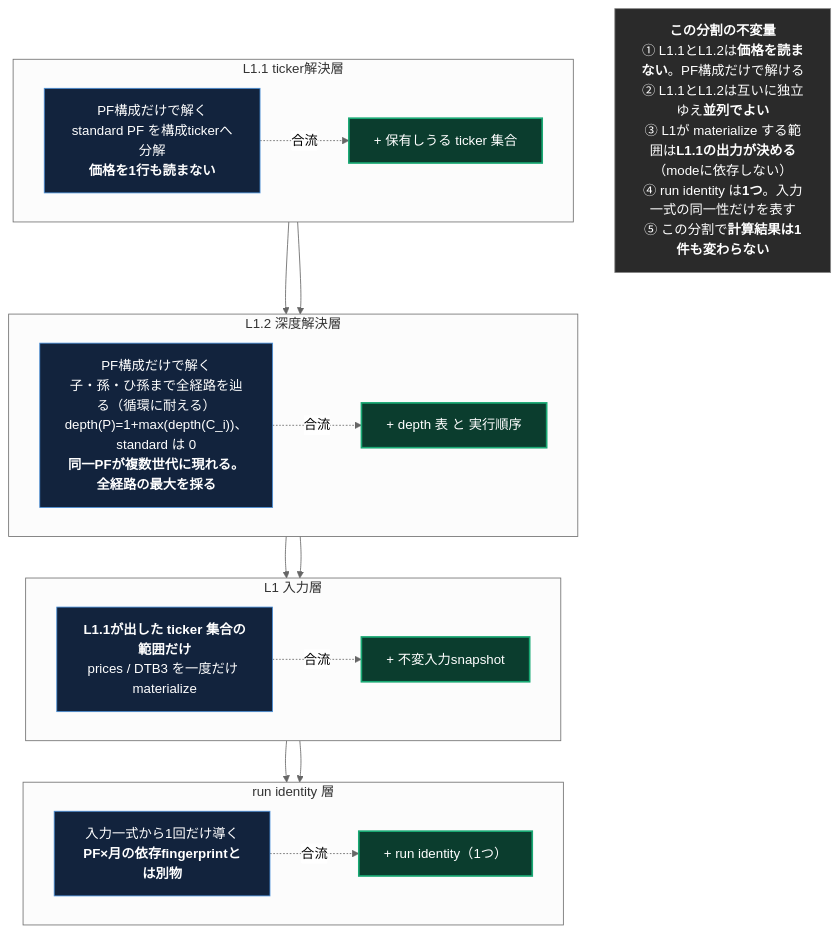
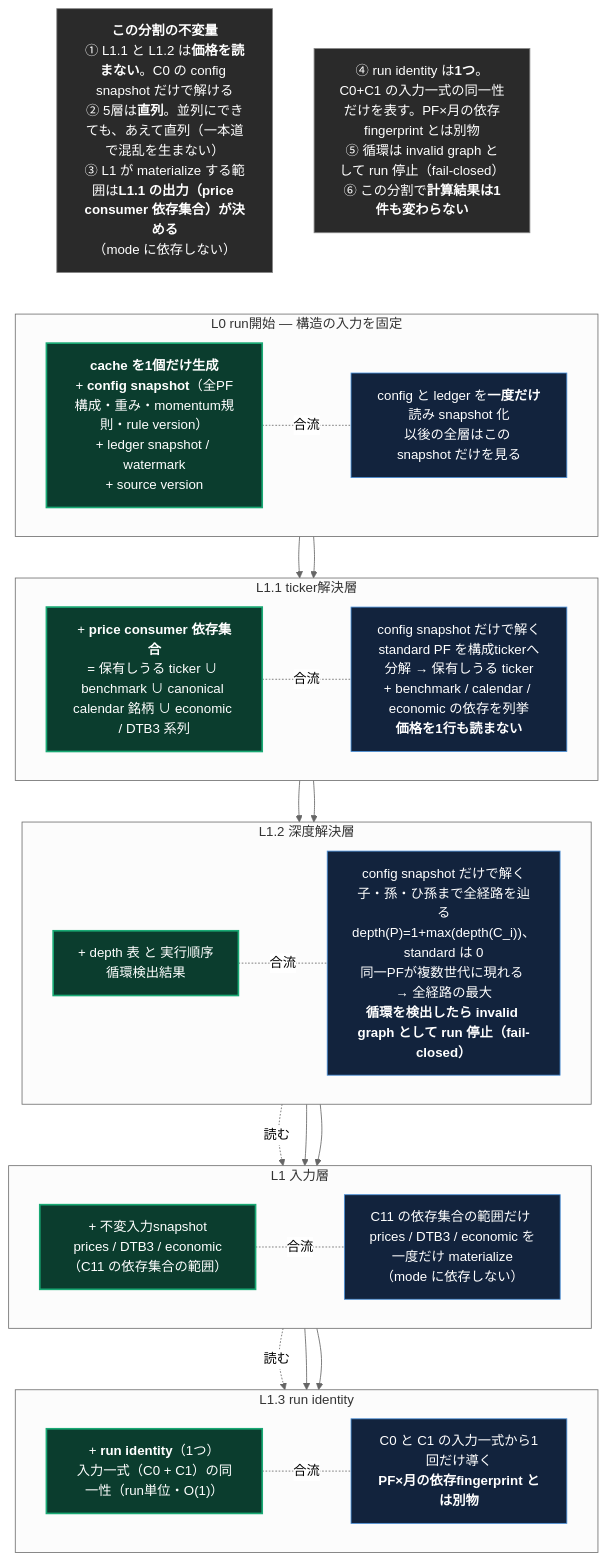
The diagram in docs/research/dm-l1-split-design_20260815.md (simokitafresh/multi-agent-shogun), drawn with Mermaid (neutral theme) before and after one commit. The commit also changed other lines of this file, not shown here.

Commit message:
docs(dm-signal): L1分割設計 AsIs v1.1/ToBe v1.1 — 親文書ToBe v3.11の最上段5行(L0/L1.1/L1.2/L1/L1.3)へ整合。直列固定・config snapshot・price consumer依存集合・fail-closed循環・run identity=C0+C1。スタート=5da7f107現物/ゴール=業務値不変の二値合否を明記

````diff
--- a/docs/research/dm-l1-split-design_20260815.md
+++ b/docs/research/dm-l1-split-design_20260815.md
@@ -38,39 +41,51 @@
 ```mermaid
 flowchart TB
   classDef cache fill:#0b3d2e,stroke:#19a974,color:#ffffff,stroke-width:2px
   classDef calc fill:#12233d,stroke:#4a90d9,color:#ffffff
   classDef rule fill:#2a2a2a,stroke:#888888,color:#ffffff
 
+  INV1["<b>この分割の不変量</b><br/>① L1.1 と L1.2 は<b>価格を読まない</b>。C0 の config snapshot だけで解ける<br/>② 5層は<b>直列</b>。並列にできても、あえて直列（一本道で混乱を生まない）<br/>③ L1 が materialize する範囲は<b>L1.1 の出力（price consumer 依存集合）が決める</b>（mode に依存しない）"]:::rule
+  INV2["④ run identity は<b>1つ</b>。C0+C1 の入力一式の同一性だけを表す。PF×月の依存fingerprint とは別物<br/>⑤ 循環は invalid graph として run 停止（fail-closed）<br/>⑥ この分割で<b>計算結果は1件も変わらない</b>"]:::rule
+
+  subgraph R0["L0 run開始 — 構造の入力を固定"]
+    direction LR
+    C0["<b>cache を1個だけ生成</b><br/>+ <b>config snapshot</b>（全PF構成・重み・momentum規則・rule version）<br/>+ ledger snapshot / watermark<br/>+ source version"]:::cache
+    X0["config と ledger を<b>一度だけ</b>読み snapshot 化<br/>以後の全層はこの snapshot だけを見る"]:::calc
+    C0 <-.-|"合流"| X0
+  end
+
   subgraph R11["L1.1 ticker解決層"]
     direction LR
-    C11["+ 保有しうる ticker 集合"]:::cache
-    X11["PF構成だけで解く<br/>standard PF を構成tickerへ分解<br/><b>価格を1行も読まない</b>"]:::calc
-    X11 -.->|"合流"| C11
+    C11["+ <b>price consumer 依存集合</b><br/>= 保有しうる ticker ∪ benchmark ∪ canonical calendar 銘柄 ∪ economic / DTB3 系列"]:::cache
+    X11["config snapshot だけで解く<br/>standard PF を構成tickerへ分解 → 保有しうる ticker<br/>+ benchmark / calendar / economic の依存を列挙<br/><b>価格を1行も読まない</b>"]:::calc
+    C11 <-.-|"合流"| X11
   end
 
   subgraph R12["L1.2 深度解決層"]
     direction LR
-    C12["+ depth 表 と 実行順序"]:::cache
-    X12["PF構成だけで解く<br/>子・孫・ひ孫まで全経路を辿る（循環に耐える）<br/>depth(P)=1+max(depth(C_i))、standard は 0<br/><b>同一PFが複数世代に現れる。全経路の最大を採る</b>"]:::calc
-    X12 -.->|"合流"| C12
+    C12["+ depth 表 と 実行順序<br/>循環検出結果"]:::cache
+    X12["config snapshot だけで解く<br/>子・孫・ひ孫まで全経路を辿る<br/>depth(P)=1+max(depth(C_i))、standard は 0<br/>同一PFが複数世代に現れる → 全経路の最大<br/><b>循環を検出したら invalid graph として run 停止（fail-closed）</b>"]:::calc
+    C12 <-.-|"合流"| X12
   end
 
   subgraph R1["L1 入力層"]
     direction LR
-    C1["+ 不変入力snapshot"]:::cache
-    X1["<b>L1.1が出した ticker 集合の範囲だけ</b><br/>prices / DTB3 を一度だけ materialize"]:::calc
-    X1 -.->|"合流"| C1
+    C1["+ 不変入力snapshot<br/>prices / DTB3 / economic（C11 の依存集合の範囲）"]:::cache
+    X1["C11 の依存集合の範囲だけ prices / DTB3 / economic を一度だけ materialize（mode に依存しない）"]:::calc
+    C12 -.->|"読む"| X1
+    C1 <-.-|"合流"| X1
   end
 
-  subgraph R13["run identity 層"]
+  subgraph R13["L1.3 run identity"]
     direction LR
-    C13["+ run identity（1つ）"]:::cache
-    X13["入力一式から1回だけ導く<br/><b>PF×月の依存fingerprintとは別物</b>"]:::calc
-    X13 -.->|"合流"| C13
+    C13["+ <b>run identity</b>（1つ）<br/>入力一式（C0 + C1）の同一性（run単位・O(1)）"]:::cache
+    X13["C0 と C1 の入力一式から1回だけ導く<br/><b>PF×月の依存fingerprint とは別物</b>"]:::calc
+    C1 -.->|"読む"| X13
+    C13 <-.-|"合流"| X13
   end
 
-  C11 --> C12 --> C1 --> C13
-  X11 --> X12 --> X1 --> X13
-
-  INV["<b>この分割の不変量</b><br/>① L1.1とL1.2は<b>価格を読まない</b>。PF構成だけで解ける<br/>② L1.1とL1.2は互いに独立ゆえ<b>並列でよい</b><br/>③ L1が materialize する範囲は<b>L1.1の出力が決める</b>（modeに依存しない）<br/>④ run identity は<b>1つ</b>。入力一式の同一性だけを表す<br/>⑤ この分割で<b>計算結果は1件も変わらない</b>"]:::rule
+  INV1 ~~~ R0
+  INV2 ~~~ R0
+  C0 --> C11 --> C12 --> C1 --> C13
+  X0 --> X11 --> X12 --> X1 --> X13
 ```
````
